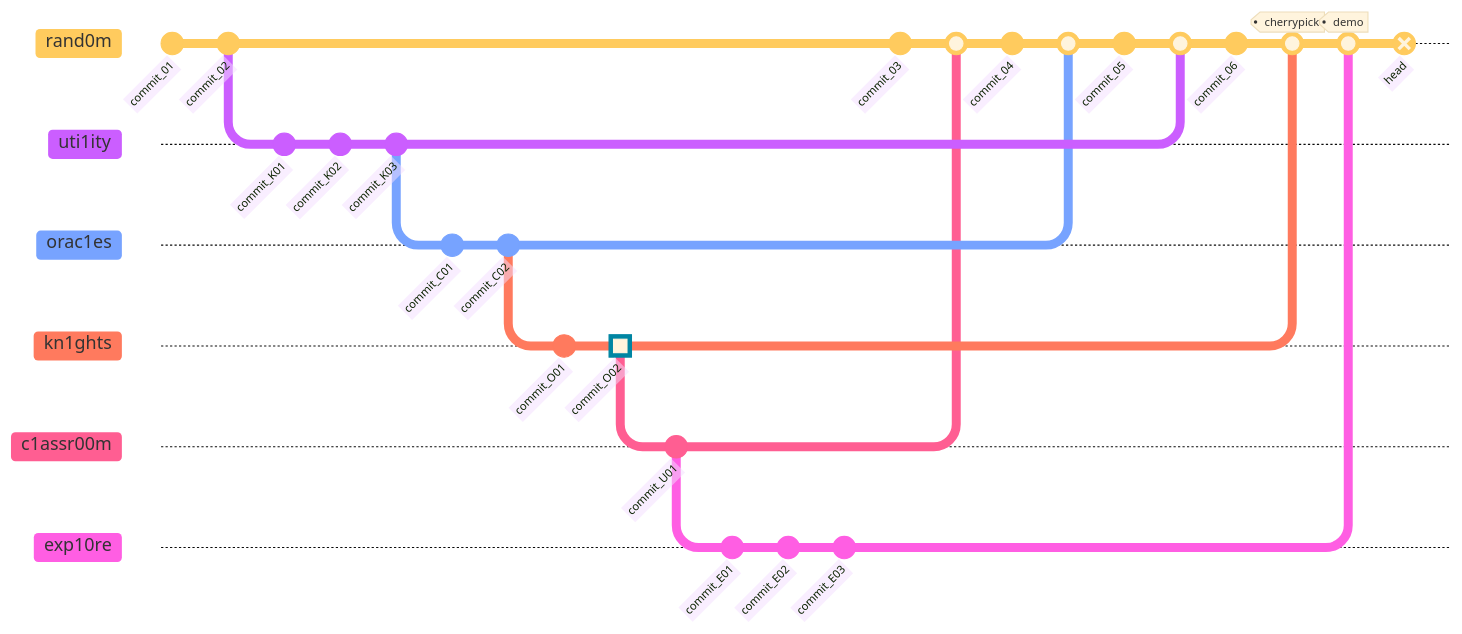
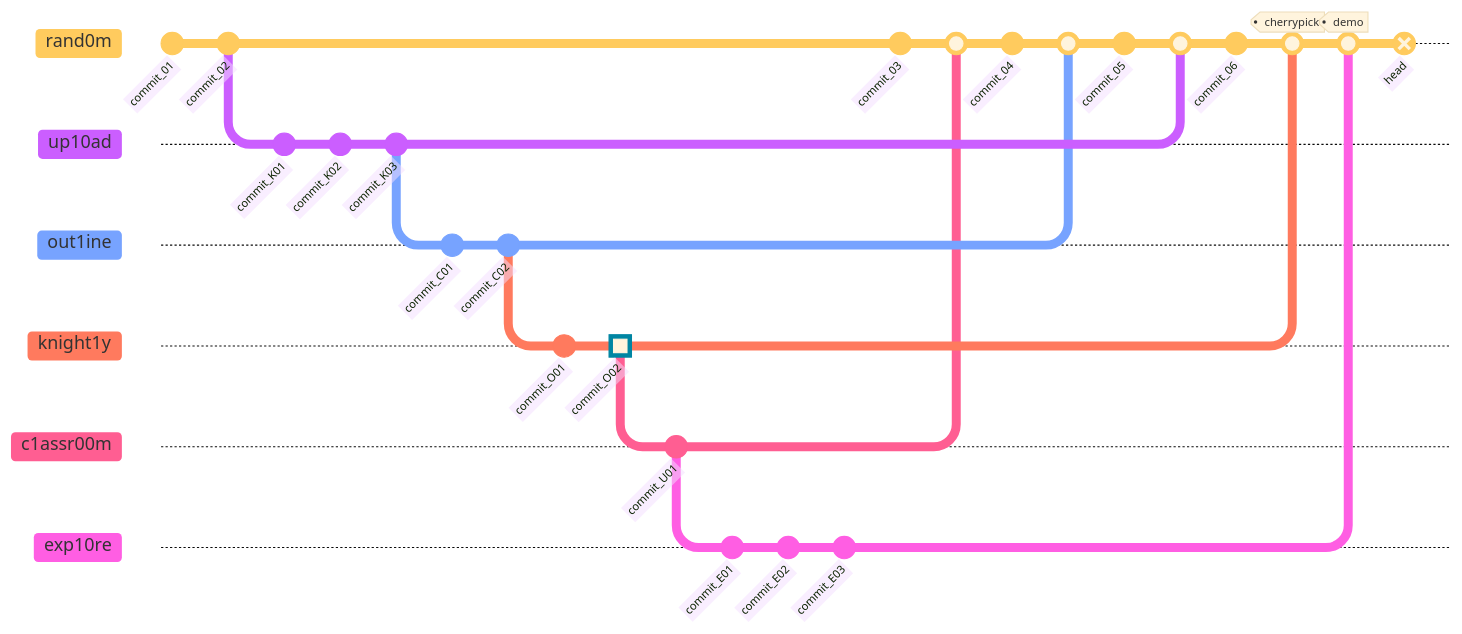
One commit to random-knights/.github changed the second of 3 diagrams in profile/README.md. Above: the diagram before and after it, drawn with Mermaid. The commit also changed other lines of this file, not shown here.

````diff
--- a/profile/README.md
+++ b/profile/README.md
@@ -250,45 +251,45 @@
 ```mermaid
 %%{init: { 'logLevel': 'debug', 'theme': 'base', 'gitGraph': {'showBranches': true, 'showCommitLabel': true, 'mainBranchName': 'rand0m'} } }%%
 gitGraph
     %% rand0m (AI shell / PROD)
     commit id:"commit_01"
     commit id:"commit_02"
 
     %% Core feeder repos (ordered)
-    branch uti1ity
+    branch up10ad
     commit id:"commit_K01"
     commit id:"commit_K02"
     commit id:"commit_K03"
 
-    branch orac1es
+    branch out1ine
     commit id:"commit_C01"
     commit id:"commit_C02"
 
-    branch kn1ghts
+    branch knight1y
     commit id:"commit_O01"
     commit type:HIGHLIGHT id:"commit_O02"
 
     %% Experimental / learning repos
     branch c1assr00m
     commit id:"commit_U01"
 
     %% Demo / testing repo (LAST, spans everything)
     branch exp10re
     commit id:"commit_E01"
     commit id:"commit_E02"
     commit id:"commit_E03"
 
     %% Back to rand0m – controlled integrations
     checkout rand0m
     commit id:"commit_03"
     merge c1assr00m
     commit id:"commit_04"
-    merge orac1es
+    merge out1ine
     commit id:"commit_05"
-    merge uti1ity
+    merge up10ad
     commit id:"commit_06"
-    merge kn1ghts tag:"cherrypick"
+    merge knight1y tag:"cherrypick"
     merge exp10re tag:"demo"
 
     commit type:REVERSE id:"head"
 ```
````
